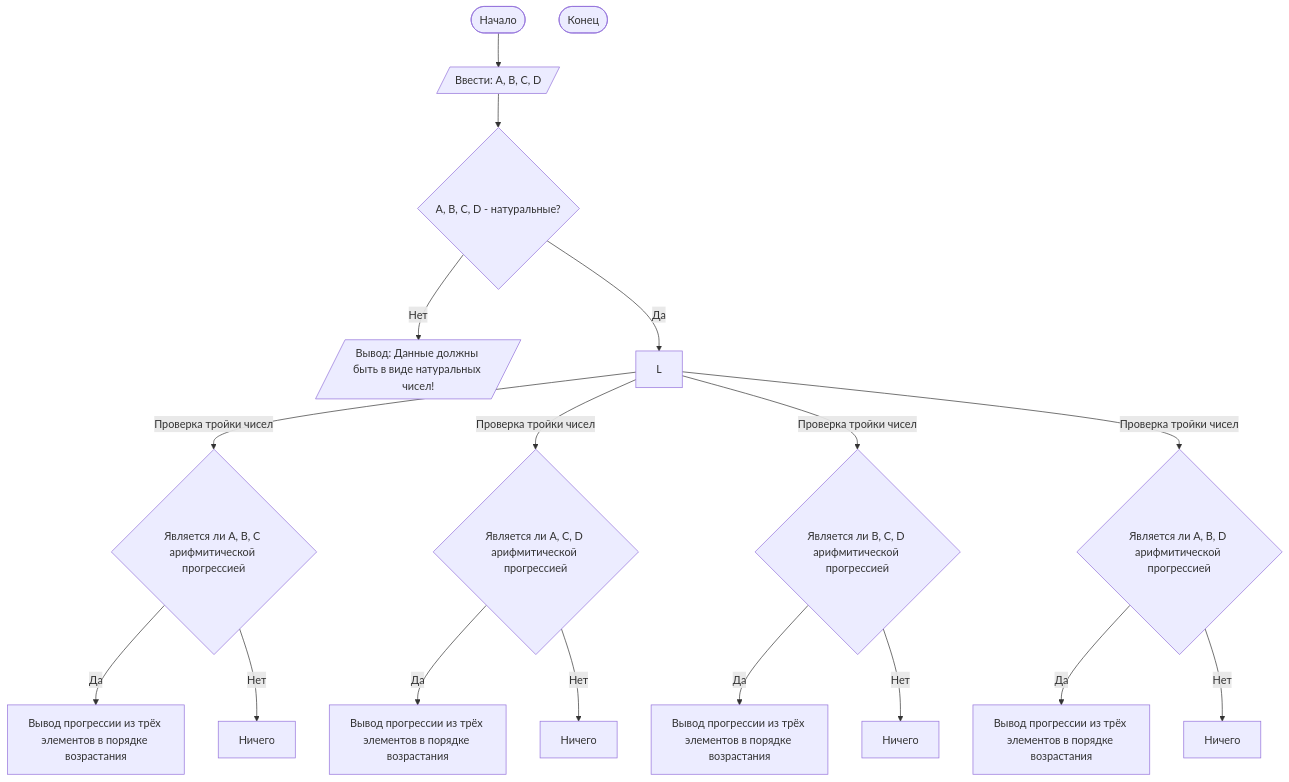
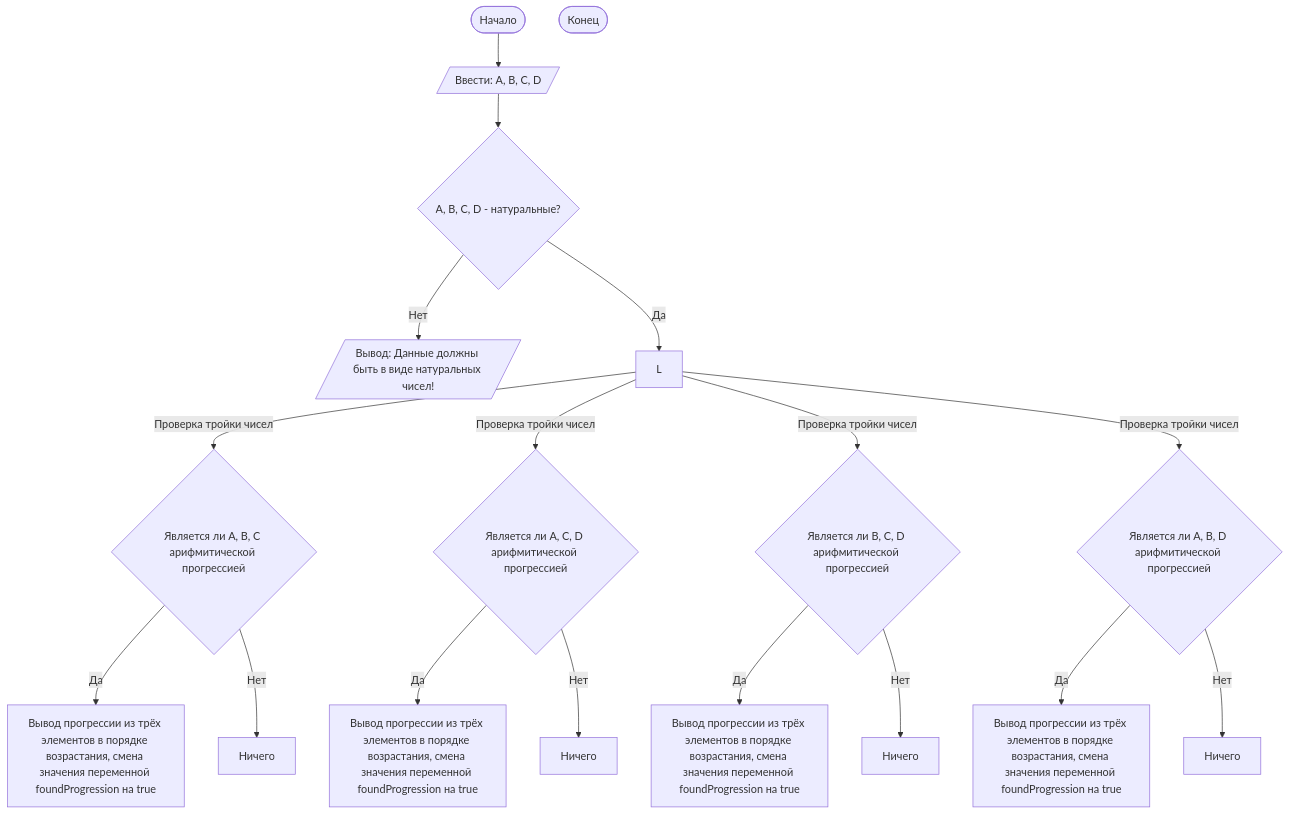
The diagram in README.md (Matvey-Kh/Lab1), drawn with Mermaid before and after one commit.

````diff
--- a/README.md
+++ b/README.md
@@ -92,23 +92,23 @@
 ```mermaid
 graph TD
     A([Начало]) --> B[/Ввести: A, B, C, D/]
     B --> C{A, B, C, D - натуральные?}
     C -- Нет --> D[/Вывод: Данные должны быть в виде натуральных чисел!/]
     C -- Да --> L
     L -- Проверка тройки чисел --> H{Является ли A, B, C арифмитической прогрессией}
     L -- Проверка тройки чисел --> I{Является ли A, C, D арифмитической прогрессией}
     L -- Проверка тройки чисел --> J{Является ли B, C, D арифмитической прогрессией}
     L -- Проверка тройки чисел --> K{Является ли A, B, D арифмитической прогрессией}
-    H -- Да --> M1[Вывод прогрессии из трёх элементов в порядке возрастания]
+    H -- Да --> M1[Вывод прогрессии из трёх элементов в порядке возрастания, смена значения переменной foundProgression на true]
     H -- Нет --> M2[Ничего]
-    I -- Да --> M3[Вывод прогрессии из трёх элементов в порядке возрастания]
+    I -- Да --> M3[Вывод прогрессии из трёх элементов в порядке возрастания, смена значения переменной foundProgression на true]
     I -- Нет --> M4[Ничего]
-    J -- Да --> M5[Вывод прогрессии из трёх элементов в порядке возрастания]
+    J -- Да --> M5[Вывод прогрессии из трёх элементов в порядке возрастания, смена значения переменной foundProgression на true]
     J -- Нет --> M6[Ничего]
-    K -- Да --> M7[Вывод прогрессии из трёх элементов в порядке возрастания]
+    K -- Да --> M7[Вывод прогрессии из трёх элементов в порядке возрастания, смена значения переменной foundProgression на true]
     K -- Нет --> M8[Ничего]
     
 
     Z([Конец])
 
 ```
````
